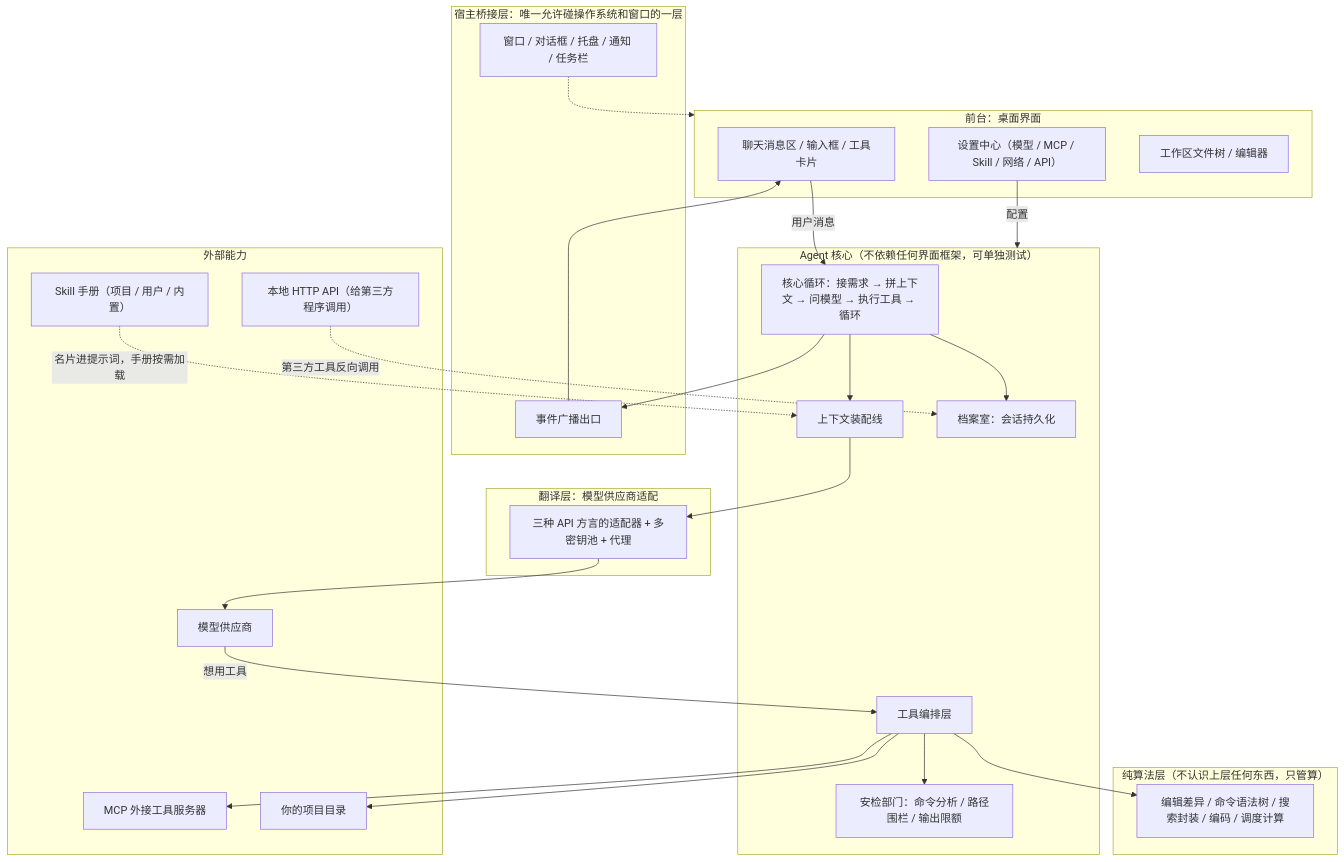
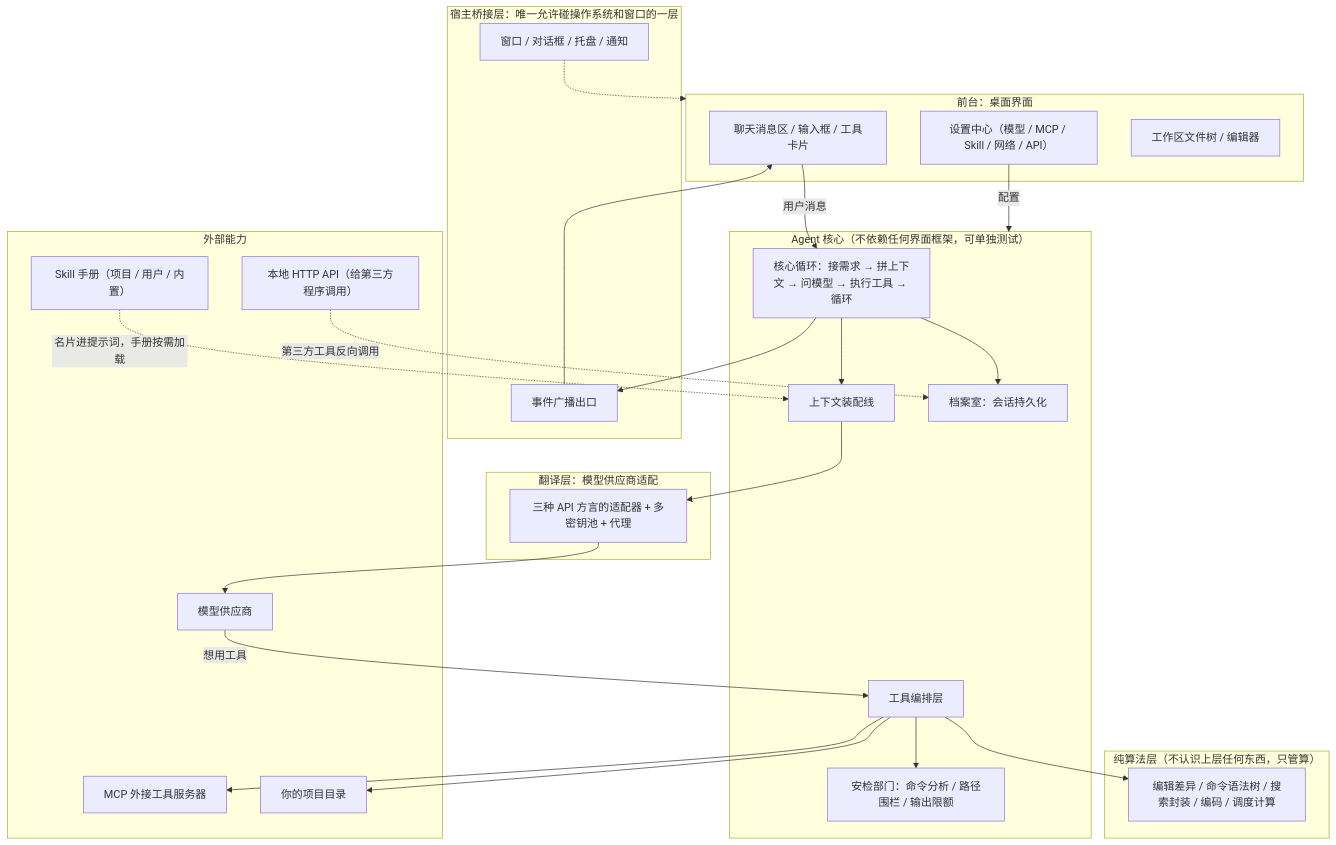
One commit to Bronya0/ally-agent changed the first of 16 diagrams in docs/agent-architecture.md. Above: the diagram before and after it, drawn with Mermaid. The commit also changed other lines of this file and 9 other files, not shown here.

````diff
--- a/docs/agent-architecture.md
+++ b/docs/agent-architecture.md
@@ -50,51 +50,51 @@
 ```mermaid
 flowchart TB
     subgraph UI["前台：桌面界面"]
         CHAT["聊天消息区 / 输入框 / 工具卡片"]
         SETTING["设置中心（模型 / MCP / Skill / 网络 / API）"]
         EXPLORER["工作区文件树 / 编辑器"]
     end
 
     subgraph HOST["宿主桥接层：唯一允许碰操作系统和窗口的一层"]
         EVENTS["事件广播出口"]
-        DESKTOP["窗口 / 对话框 / 托盘 / 通知 / 任务栏"]
+        DESKTOP["窗口 / 对话框 / 托盘 / 通知"]
     end
 
     subgraph CORE["Agent 核心（不依赖任何界面框架，可单独测试）"]
         LOOP["核心循环：接需求 → 拼上下文 → 问模型 → 执行工具 → 循环"]
         CTX["上下文装配线"]
         TOOLS["工具编排层"]
         SESSIONS["档案室：会话持久化"]
         GUARD["安检部门：命令分析 / 路径围栏 / 输出限额"]
     end
 
     subgraph ADAPT["翻译层：模型供应商适配"]
         ADAPTERS["三种 API 方言的适配器 + 多密钥池 + 代理"]
     end
 
     subgraph PURE["纯算法层（不认识上层任何东西，只管算）"]
         ALG["编辑差异 / 命令语法树 / 搜索封装 / 编码 / 调度计算"]
     end
 
     subgraph SUPPLY["外部能力"]
         LLM["模型供应商"]
         MCPS["MCP 外接工具服务器"]
         SKILLS["Skill 手册（项目 / 用户 / 内置）"]
         API["本地 HTTP API（给第三方程序调用）"]
         WORKSPACE["你的项目目录"]
     end
 
     CHAT -->|"用户消息"| LOOP
     LOOP --> EVENTS --> CHAT
     DESKTOP -.-> UI
     LOOP --> CTX --> ADAPTERS --> LLM
     LLM -->|"想用工具"| TOOLS
     TOOLS --> GUARD
     TOOLS --> ALG
     TOOLS --> MCPS
     TOOLS --> WORKSPACE
     LOOP --> SESSIONS
     SKILLS -.->|"名片进提示词，手册按需加载"| CTX
     SETTING -->|"配置"| CORE
     API -.->|"第三方工具反向调用"| SESSIONS
 ```
````
